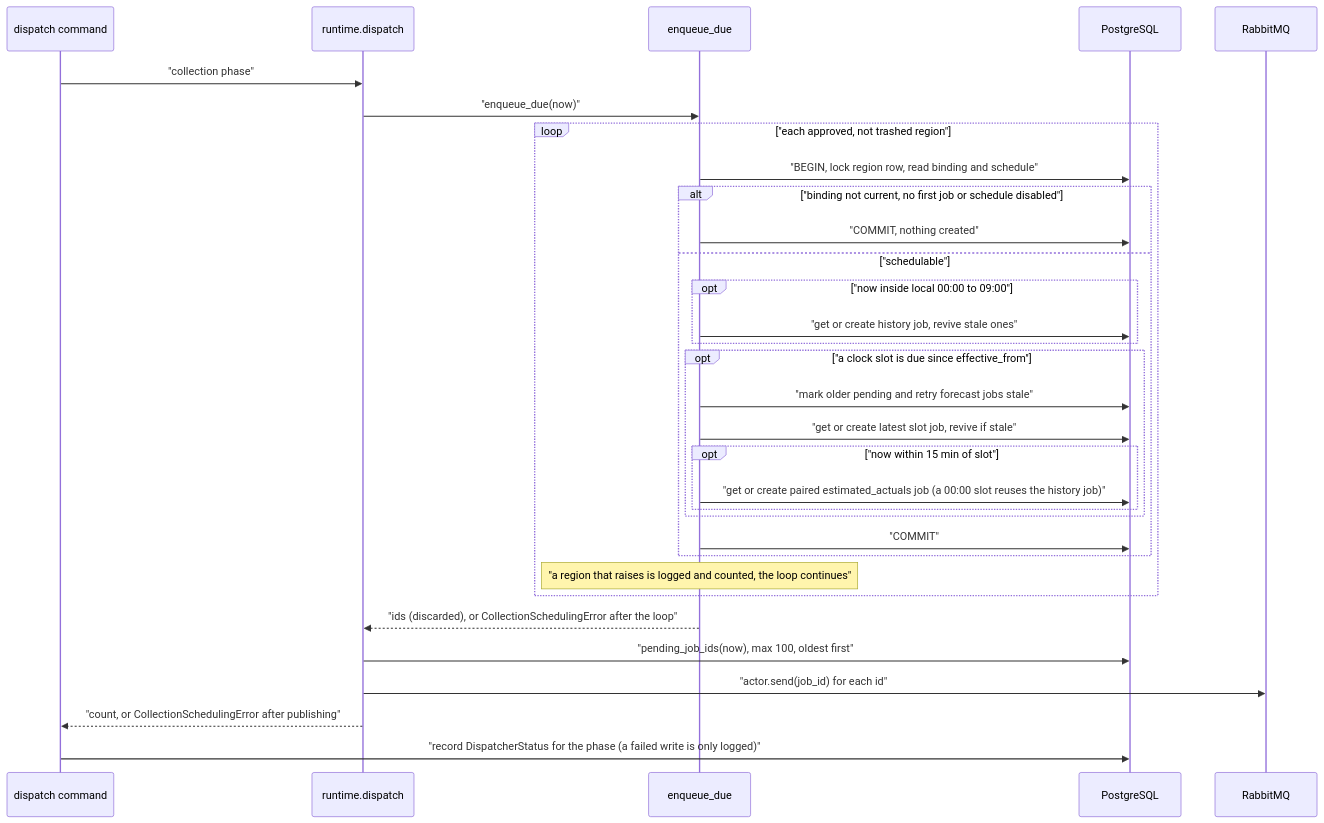
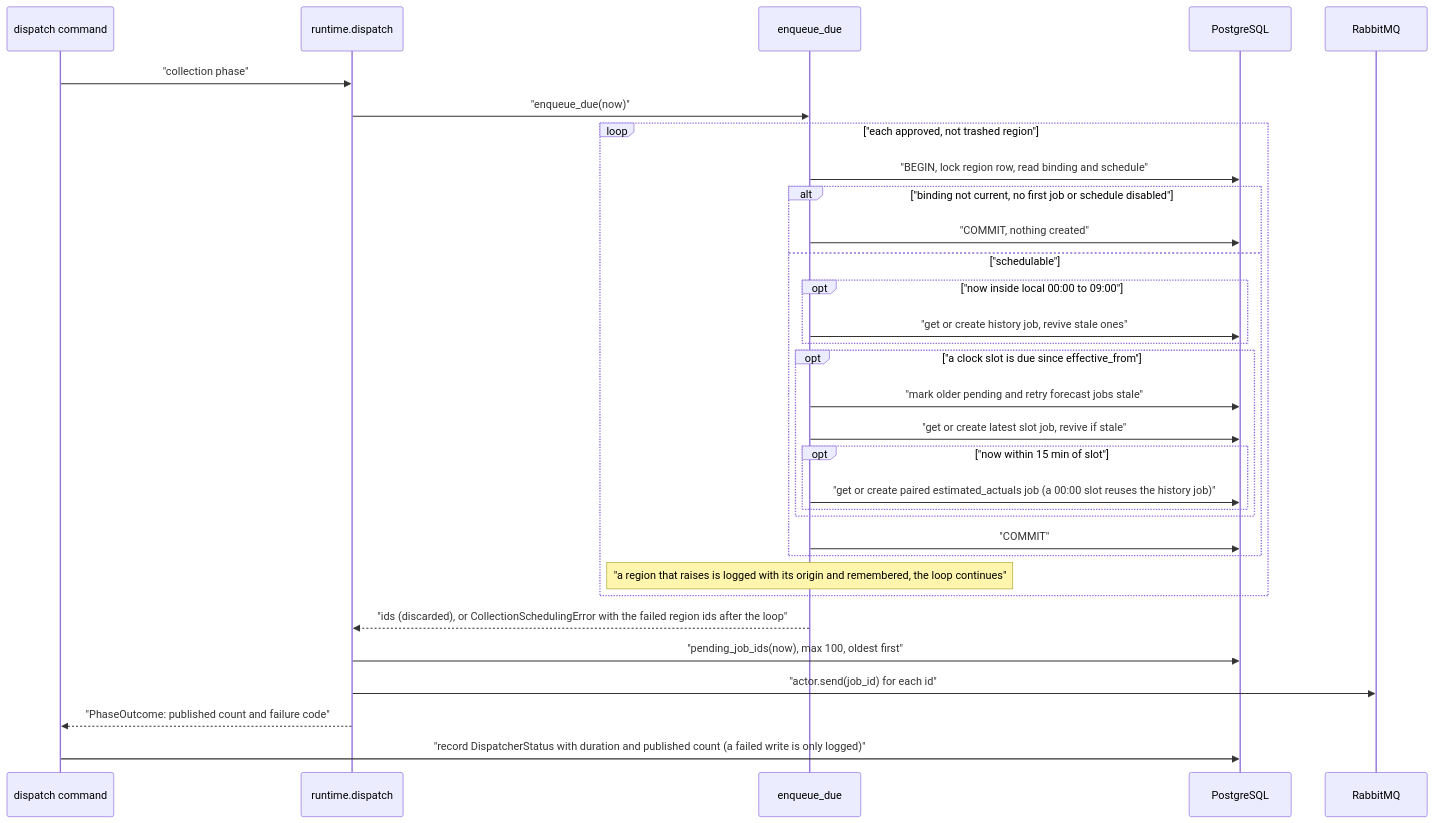
One commit to erkurtharun/pyracast changed the diagram in docs/flows/forecast-collection-scheduling.md. Above: the diagram before and after it, drawn with Mermaid. The commit also changed other lines of this file and 53 other files, not shown here.

First line of the commit message:
Return consistent API errors and record background failure telemetry (#22)

````diff
--- a/docs/flows/forecast-collection-scheduling.md
+++ b/docs/flows/forecast-collection-scheduling.md
@@ -13,34 +13,34 @@
 ```mermaid
 sequenceDiagram
     participant C as dispatch command
     participant R as runtime.dispatch
     participant S as enqueue_due
     participant D as PostgreSQL
     participant Q as RabbitMQ
     C->>R: "collection phase"
     R->>S: "enqueue_due(now)"
     loop "each approved, not trashed region"
         S->>D: "BEGIN, lock region row, read binding and schedule"
         alt "binding not current, no first job or schedule disabled"
             S->>D: "COMMIT, nothing created"
         else "schedulable"
             opt "now inside local 00:00 to 09:00"
                 S->>D: "get or create history job, revive stale ones"
             end
             opt "a clock slot is due since effective_from"
                 S->>D: "mark older pending and retry forecast jobs stale"
                 S->>D: "get or create latest slot job, revive if stale"
                 opt "now within 15 min of slot"
                     S->>D: "get or create paired estimated_actuals job (a 00:00 slot reuses the history job)"
                 end
             end
             S->>D: "COMMIT"
         end
-        Note over S: "a region that raises is logged and counted, the loop continues"
+        Note over S: "a region that raises is logged with its origin and remembered, the loop continues"
     end
-    S-->>R: "ids (discarded), or CollectionSchedulingError after the loop"
+    S-->>R: "ids (discarded), or CollectionSchedulingError with the failed region ids after the loop"
     R->>D: "pending_job_ids(now), max 100, oldest first"
     R->>Q: "actor.send(job_id) for each id"
-    R-->>C: "count, or CollectionSchedulingError after publishing"
-    C->>D: "record DispatcherStatus for the phase (a failed write is only logged)"
+    R-->>C: "PhaseOutcome: published count and failure code"
+    C->>D: "record DispatcherStatus with duration and published count (a failed write is only logged)"
 ```
````
